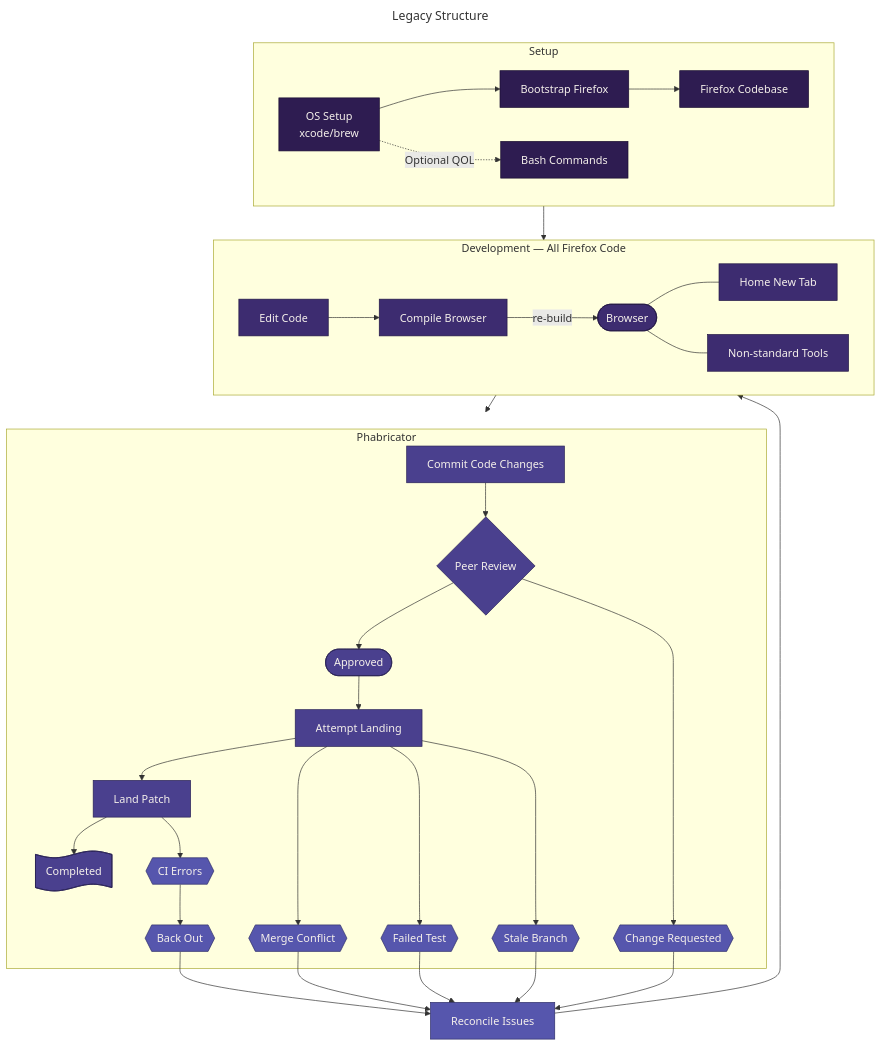
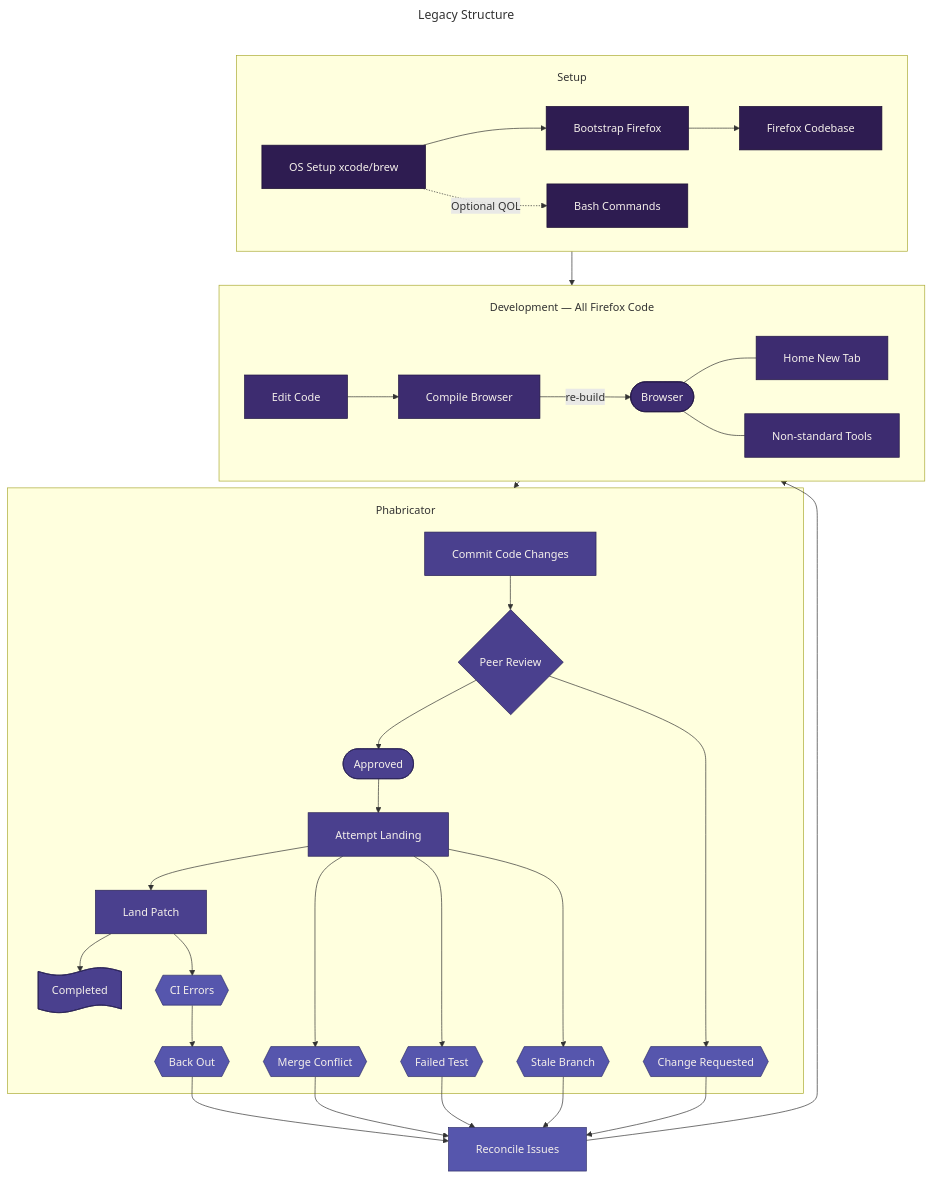
Before and after one commit to mozilla/home-new-tab: the first of 2 diagrams in docs/meta/charts/structure-comparison.md, drawn with Mermaid. The commit also changed other lines of this file and 3 other files, not shown here.

Commit message:
docs(charts): refine style for better reading

````diff
--- a/docs/meta/charts/structure-comparison.md
+++ b/docs/meta/charts/structure-comparison.md
@@ -1,75 +1,81 @@
 ```mermaid
 ---
 title: Legacy Structure
+config:
+  flowchart:
+    padding: 20
+    subGraphTitleMargin:
+      top: 20
+      bottom: 20
 ---
 flowchart TD
     subgraph Setup
-        ffos@{label: "OS Setup<br/>xcode/brew", shape: rect}
+        ffos@{label: "OS Setup xcode/brew", shape: rect}
         ffbootstrap@{label: "Bootstrap Firefox", shape: rect}
         ffcode@{label: "Firefox Codebase", shape: rect}
         bashcommands@{label: "Bash Commands", shape: rect}
 
         ffos --> ffbootstrap --> ffcode
         ffos -.->|Optional QOL| bashcommands
     end
 
     subgraph Development["Development — All Firefox Code"]
         edit@{label: "Edit Code", shape: rect}
         compile@{label: "Compile Browser", shape: rect}
         browser@{label: "Browser", shape: stadium}
         hnt@{label: "Home New Tab", shape: rect}
         nst@{label: "Non-standard Tools", shape: rect}
 
         edit --> compile -->|re-build| browser
         browser --- hnt
         browser --- nst
     end
 
     subgraph Phabricator
         commit@{label: "Commit Code Changes", shape: rect}
         pr@{label: "Peer Review", shape: diamond}
         approved@{label: "Approved", shape: stadium}
         change@{label: "Change Requested", shape: hexagon}
         attemptlanding@{label: "Attempt Landing", shape: rect}
         landpatch@{label: "Land Patch", shape: rect}
         completed@{label: "Completed", shape: flag}
         cierrors@{label: "CI Errors", shape: hexagon}
         backout@{label: "Back Out", shape: hexagon}
         conflict@{label: "Merge Conflict", shape: hexagon}
         stale@{label: "Stale Branch", shape: hexagon}
         failed@{label: "Failed Test", shape: hexagon}
 
         commit --> pr
         pr --> approved
         pr --> change
         approved --> attemptlanding
         attemptlanding --> landpatch
         attemptlanding --> conflict
         attemptlanding --> failed
         attemptlanding --> stale
         landpatch --> completed
         landpatch --> cierrors
         cierrors --> backout
     end
 
     Setup --> Development
     Development --> Phabricator
 
     change --> reconcile
     backout --> reconcile
     stale --> reconcile
     failed --> reconcile
     conflict --> reconcile
 
     reconcile@{label: "Reconcile Issues", shape: rect} --> Development
 
     classDef deepest fill:#2e1c51,stroke:#190d30,color:#f5f0eb
     classDef deep fill:#3d2c70,stroke:#211643,color:#f5f0eb
     classDef mid fill:#4a408e,stroke:#282155,color:#f5f0eb
     classDef light fill:#5656ad,stroke:#2e2e68,color:#f5f0eb
 
     class ffos,ffbootstrap,ffcode,bashcommands deepest
     class edit,compile,browser,hnt,nst deep
     class commit,pr,approved,attemptlanding,landpatch,completed mid
     class change,cierrors,backout,conflict,stale,failed,reconcile light
 ```
````
